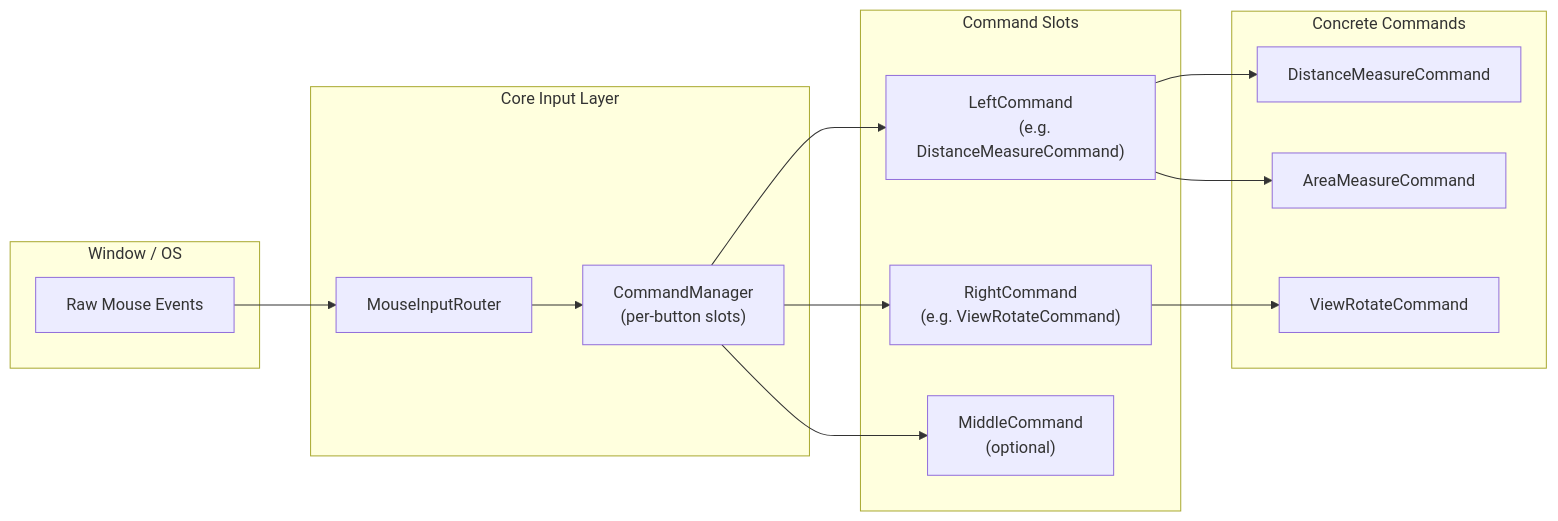
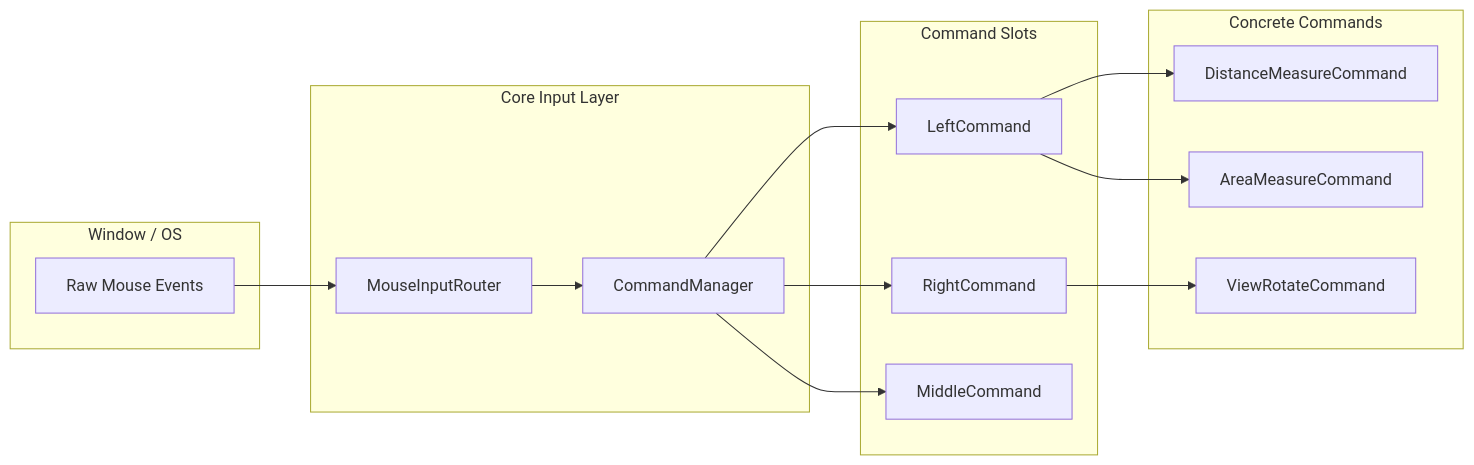
Before and after one commit to vfa-khaidt1/vfa-cdn: the first of 3 diagrams in README.md, drawn with Mermaid.

````diff
--- a/README.md
+++ b/README.md
@@ -3,36 +3,32 @@
 ```mermaid
 flowchart LR
     subgraph Input["Window / OS"]
         Raw["Raw Mouse Events"]
     end
 
     Raw --> MIR["MouseInputRouter"]
 
     subgraph Core["Core Input Layer"]
-        MIR --> CM["CommandManager
-                    (per-button slots)"]
+        MIR --> CM["CommandManager"]
     end
 
     subgraph Slots["Command Slots"]
-        LSlot["LeftCommand
-        (e.g. DistanceMeasureCommand)"]
-        RSlot["RightCommand
-        (e.g. ViewRotateCommand)"]
-        MSlot["MiddleCommand
-        (optional)"]
+        LSlot["LeftCommand"]
+        RSlot["RightCommand"]
+        MSlot["MiddleCommand"]
     end
 
     CM --> LSlot
     CM --> RSlot
     CM --> MSlot
 
     subgraph Commands["Concrete Commands"]
         DMC["DistanceMeasureCommand"]
         AMC["AreaMeasureCommand"]
         VRC["ViewRotateCommand"]
     end
 
     LSlot --> DMC
     LSlot --> AMC
     RSlot --> VRC
 ```
````
